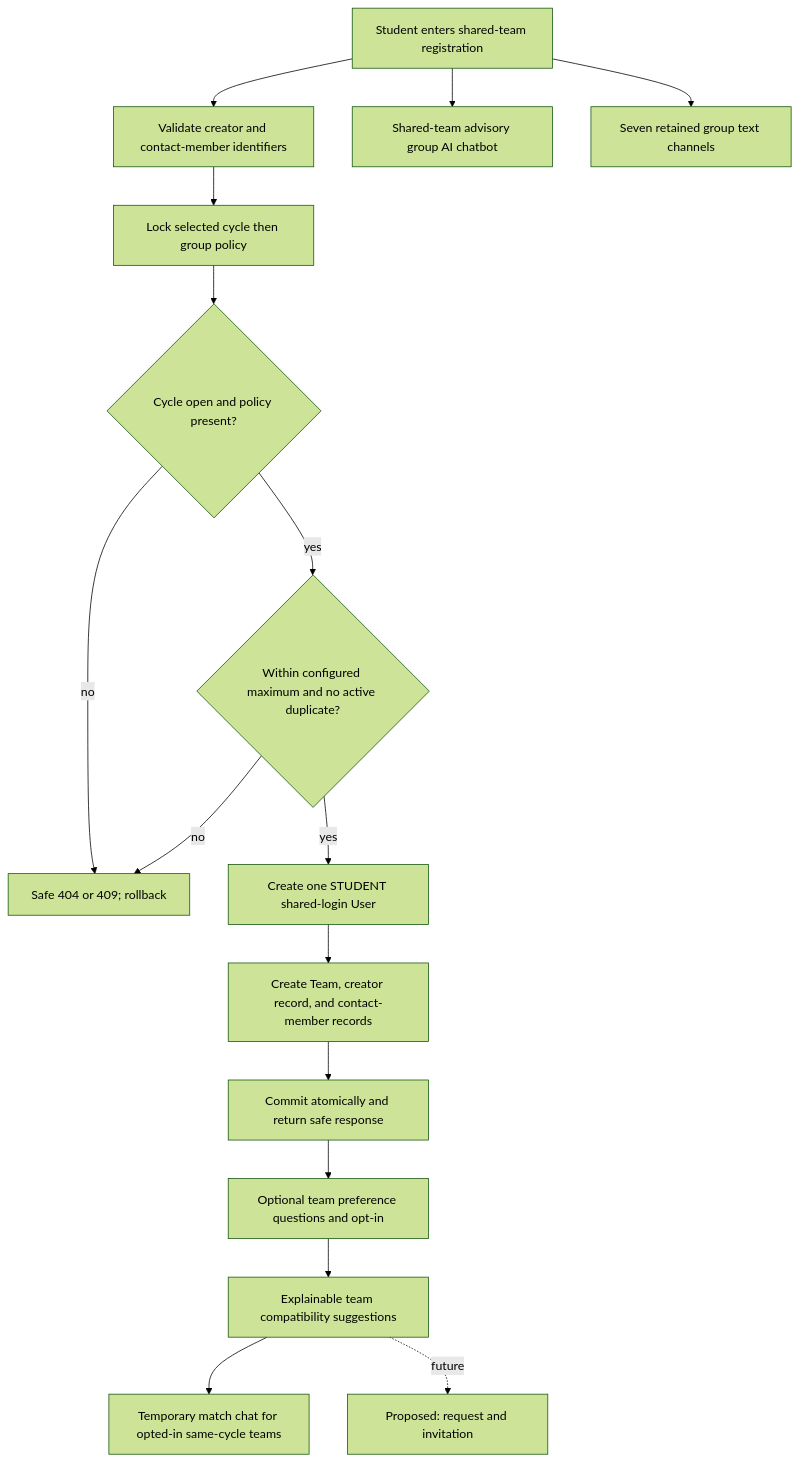
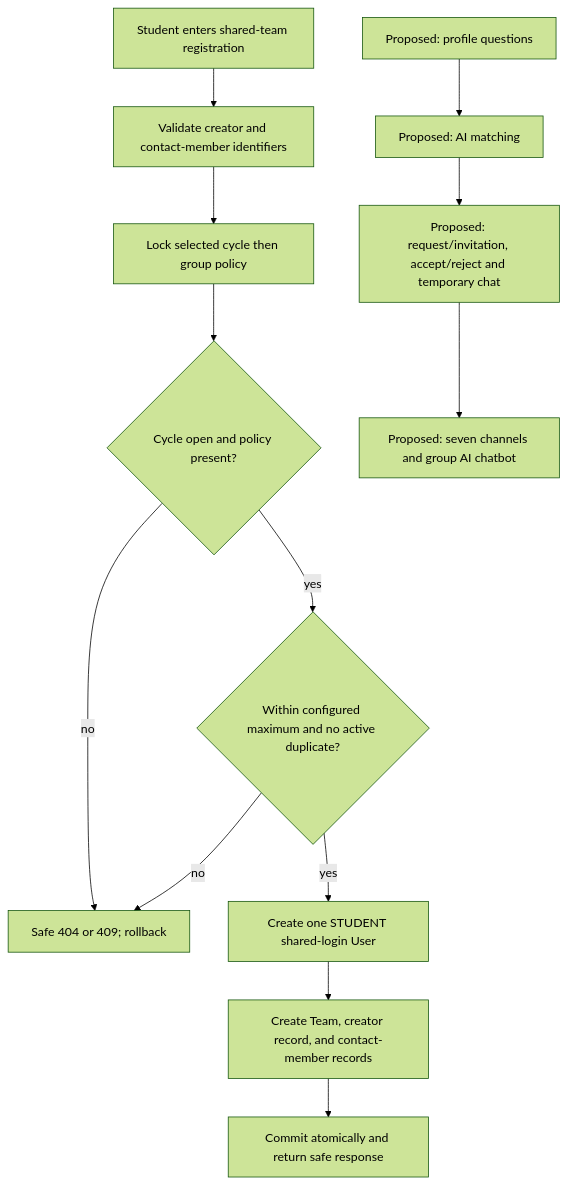
Diagram 11 of 13 in docs/p1-workflows.md (farazd63/FYPHub), drawn with Mermaid (forest theme) before and after one commit. The commit also changed other lines of this file and 45 other files, not shown here.

````diff
--- a/docs/p1-workflows.md
+++ b/docs/p1-workflows.md
@@ -288,18 +239,15 @@
 ```mermaid
 flowchart TD
     A[Student enters shared-team registration] --> B[Validate creator and contact-member identifiers]
     B --> C[Lock selected cycle then group policy]
     C --> D{Cycle open and policy present?}
     D -- no --> X[Safe 404 or 409; rollback]
     D -- yes --> E{Within configured maximum and no active duplicate?}
     E -- no --> X
     E -- yes --> F[Create one STUDENT shared-login User]
     F --> G[Create Team, creator record, and contact-member records]
     G --> H[Commit atomically and return safe response]
-    H --> M[Optional team preference questions and opt-in]
-    M --> N[Explainable team compatibility suggestions]
-    N --> O[Temporary match chat for opted-in same-cycle teams]
-    N -. future .-> P[Proposed: request and invitation]
-    A --> Q[Shared-team advisory group AI chatbot]
-    A --> R[Seven retained group text channels]
+    M[Proposed: profile questions] --> N[Proposed: AI matching]
+    N --> O[Proposed: request/invitation, accept/reject and temporary chat]
+    O --> Q[Proposed: seven channels and group AI chatbot]
 ```
````
